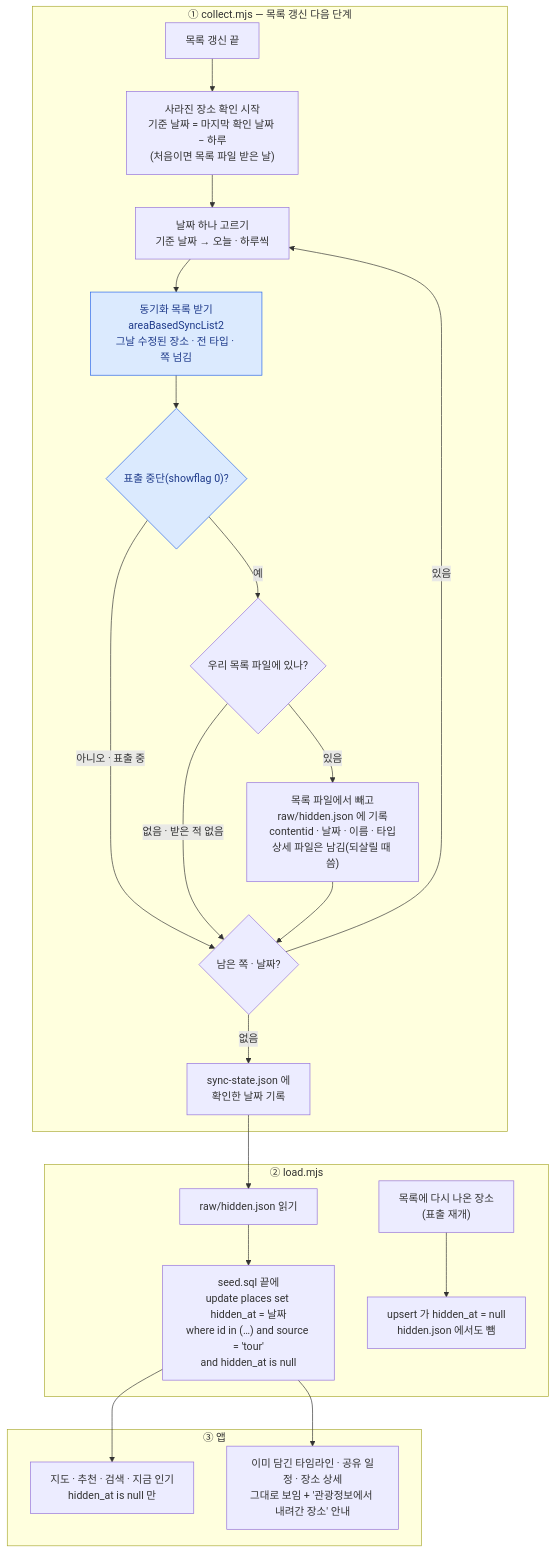
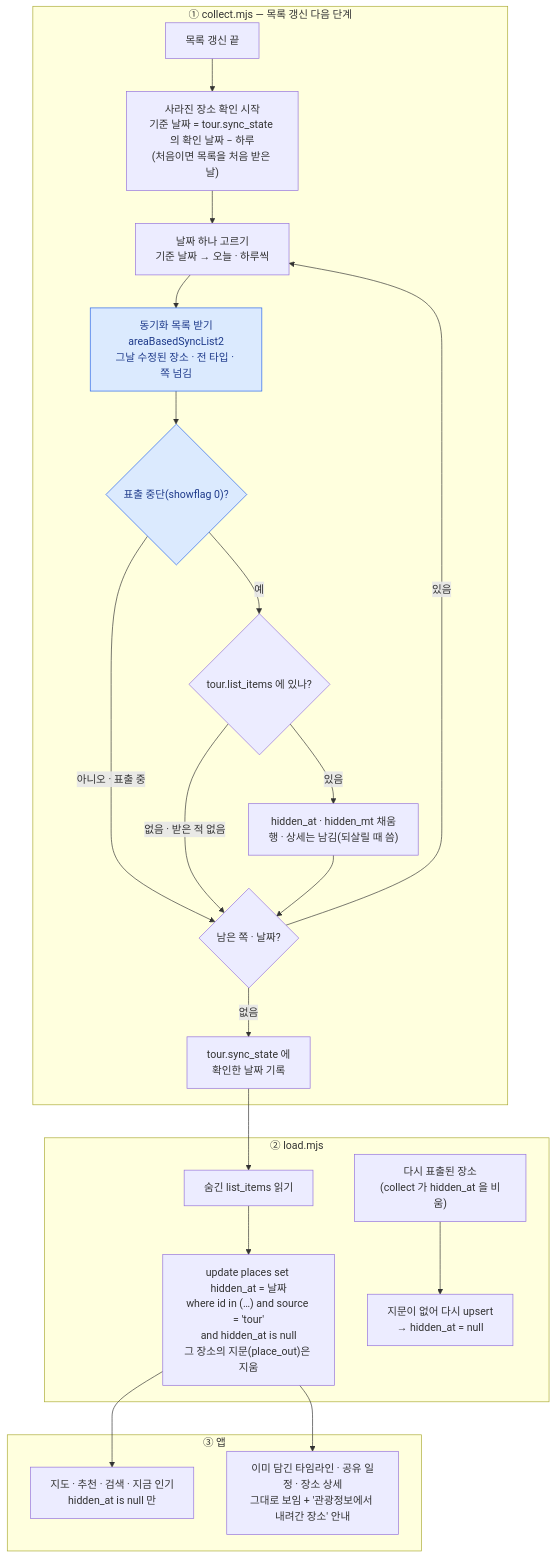
The fourth of 4 diagrams in README-플로챠트.md (wisecomm/oneday-trip), drawn with Mermaid before and after one commit. The commit also changed other lines of this file and 16 other files, not shown here.

First line of the commit message:
수집 · 반영을 파일 없이 DB 로 — collect.mjs · load.mjs 직접 반영 · seed.sql 삭제

````diff
--- a/README-플로챠트.md
+++ b/README-플로챠트.md
@@ -322,32 +318,32 @@
 ```mermaid
 flowchart TD
     subgraph C["① collect.mjs — 목록 갱신 다음 단계"]
-        H0["목록 갱신 끝"] --> H1["사라진 장소 확인 시작<br/>기준 날짜 = 마지막 확인 날짜 − 하루<br/>(처음이면 목록 파일 받은 날)"]
+        H0["목록 갱신 끝"] --> H1["사라진 장소 확인 시작<br/>기준 날짜 = tour.sync_state 의 확인 날짜 − 하루<br/>(처음이면 목록을 처음 받은 날)"]
         H1 --> H2["날짜 하나 고르기<br/>기준 날짜 → 오늘 · 하루씩"]
         H2 --> H3["동기화 목록 받기<br/>areaBasedSyncList2<br/>그날 수정된 장소 · 전 타입 · 쪽 넘김"]:::key
         H3 --> H4{"표출 중단(showflag 0)?"}:::key
         H4 -- "아니오 · 표출 중" --> H7
-        H4 -- "예" --> H5{"우리 목록 파일에 있나?"}
+        H4 -- "예" --> H5{"tour.list_items 에 있나?"}
         H5 -- "없음 · 받은 적 없음" --> H7
-        H5 -- "있음" --> H6["목록 파일에서 빼고<br/>raw/hidden.json 에 기록<br/>contentid · 날짜 · 이름 · 타입<br/>상세 파일은 남김(되살릴 때 씀)"]
+        H5 -- "있음" --> H6["hidden_at · hidden_mt 채움<br/>행 · 상세는 남김(되살릴 때 씀)"]
         H6 --> H7{"남은 쪽 · 날짜?"}
         H7 -- "있음" --> H2
-        H7 -- "없음" --> H8["sync-state.json 에<br/>확인한 날짜 기록"]
+        H7 -- "없음" --> H8["tour.sync_state 에<br/>확인한 날짜 기록"]
     end
 
     subgraph L["② load.mjs"]
-        L1["raw/hidden.json 읽기"] --> L2["seed.sql 끝에<br/>update places set hidden_at = 날짜<br/>where id in (…) and source = 'tour'<br/>and hidden_at is null"]
-        L3["목록에 다시 나온 장소<br/>(표출 재개)"] --> L4["upsert 가 hidden_at = null<br/>hidden.json 에서도 뺌"]
+        L1["숨긴 list_items 읽기"] --> L2["update places set hidden_at = 날짜<br/>where id in (…) and source = 'tour'<br/>and hidden_at is null<br/>그 장소의 지문(place_out)은 지움"]
+        L3["다시 표출된 장소<br/>(collect 가 hidden_at 을 비움)"] --> L4["지문이 없어 다시 upsert<br/>→ hidden_at = null"]
     end
 
     subgraph A["③ 앱"]
         A1["지도 · 추천 · 검색 · 지금 인기<br/>hidden_at is null 만"]
         A2["이미 담긴 타임라인 · 공유 일정 · 장소 상세<br/>그대로 보임 + '관광정보에서 내려간 장소' 안내"]
     end
 
     H8 --> L1
     L2 --> A1
     L2 --> A2
 
     classDef key fill:#dbeafe,stroke:#2563eb,color:#1e3a8a
 ```
````
